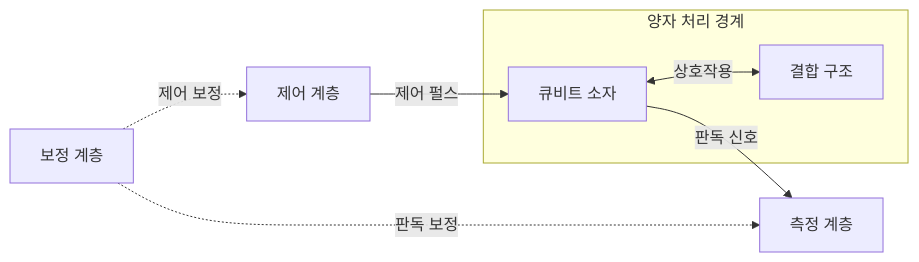
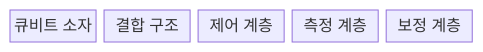
One commit to agnusdei1207/knowledge-base changed the first of 2 diagrams in src/content/docs/notes/02-hardware/072_quantum_computing_qubit.md. Above: the diagram before and after it, drawn with Mermaid. The commit also changed other lines of this file and 20 other files, not shown here.

````diff
--- a/src/content/docs/notes/02-hardware/072_quantum_computing_qubit.md
+++ b/src/content/docs/notes/02-hardware/072_quantum_computing_qubit.md
@@ -73,10 +71,9 @@
 ```mermaid
-flowchart LR
-    subgraph P["양자 처리 경계"]
-        Q[큐비트 소자] <-->|상호작용| K[결합 구조]
-    end
-    C[제어 계층] -->|제어 펄스| Q
-    Q -->|판독 신호| M[측정 계층]
-    B[보정 계층] -.->|제어 보정| C
-    B -.->|판독 보정| M
+block
+  columns 5
+  A["큐비트 소자"]
+  B["결합 구조"]
+  C["제어 계층"]
+  D["측정 계층"]
+  E["보정 계층"]
 ```
````
